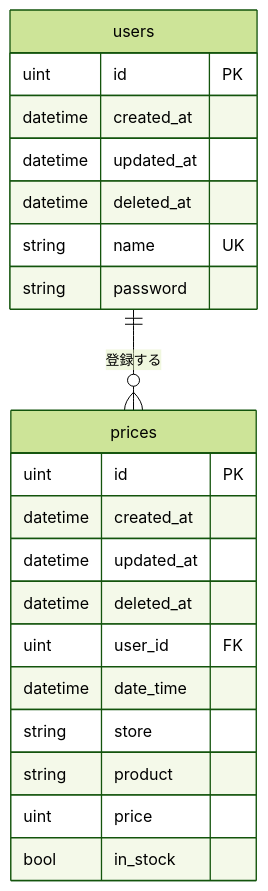
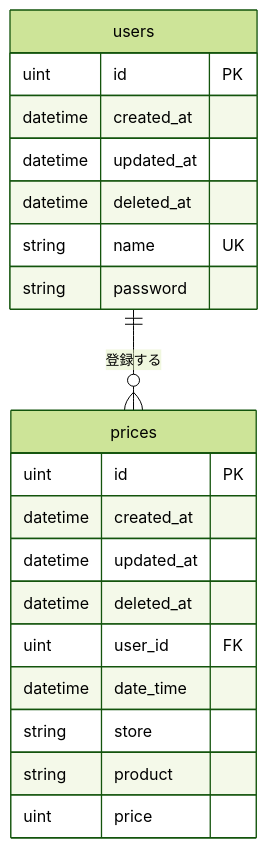
One commit to ystkg/rest-example changed the diagram in README.md. Above: the diagram before and after it, drawn with Mermaid (forest theme). The commit also changed other lines of this file and 11 other files, not shown here.

````diff
--- a/README.md
+++ b/README.md
@@ -40,24 +40,23 @@
 ```mermaid
 erDiagram
     users ||--o{ prices : "登録する"
     users {
         uint id PK
         datetime created_at
         datetime updated_at
         datetime deleted_at
         string name UK
         string password
     }
     prices {
         uint id PK
         datetime created_at
         datetime updated_at
         datetime deleted_at
         uint user_id FK
         datetime date_time
         string store
         string product
         uint price
-        bool in_stock
     }
 ```
````
